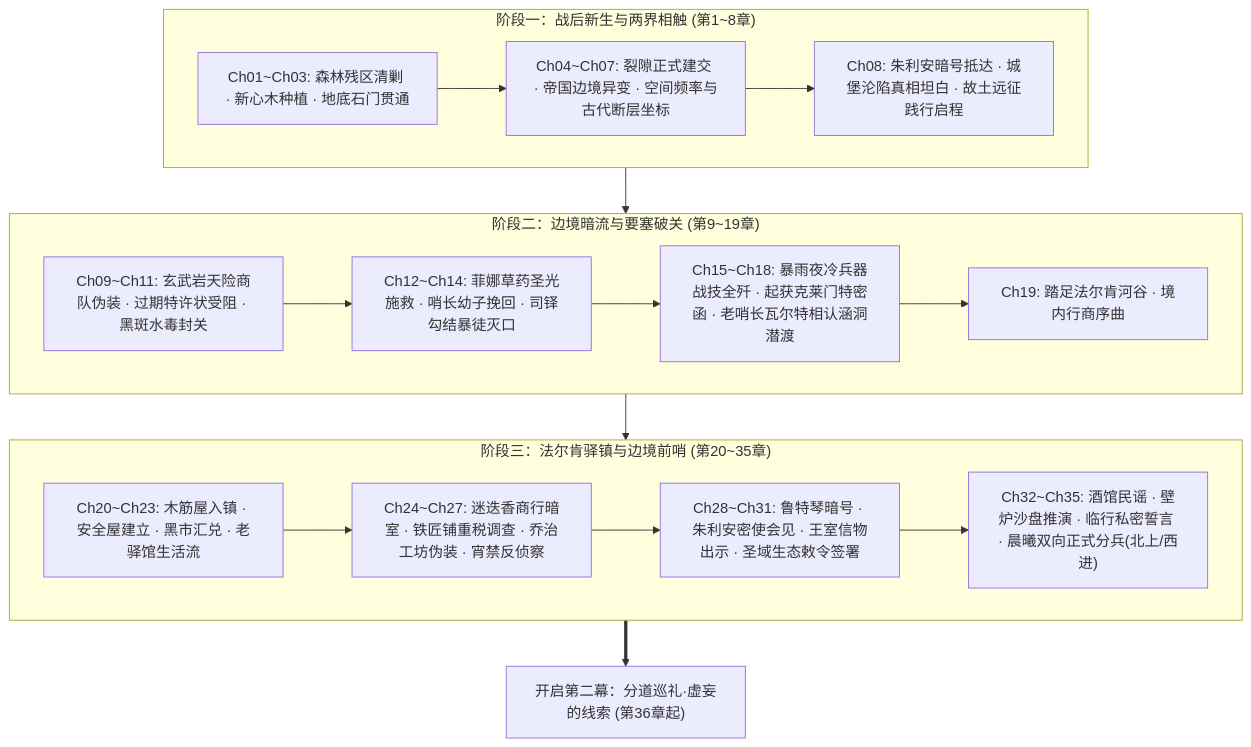
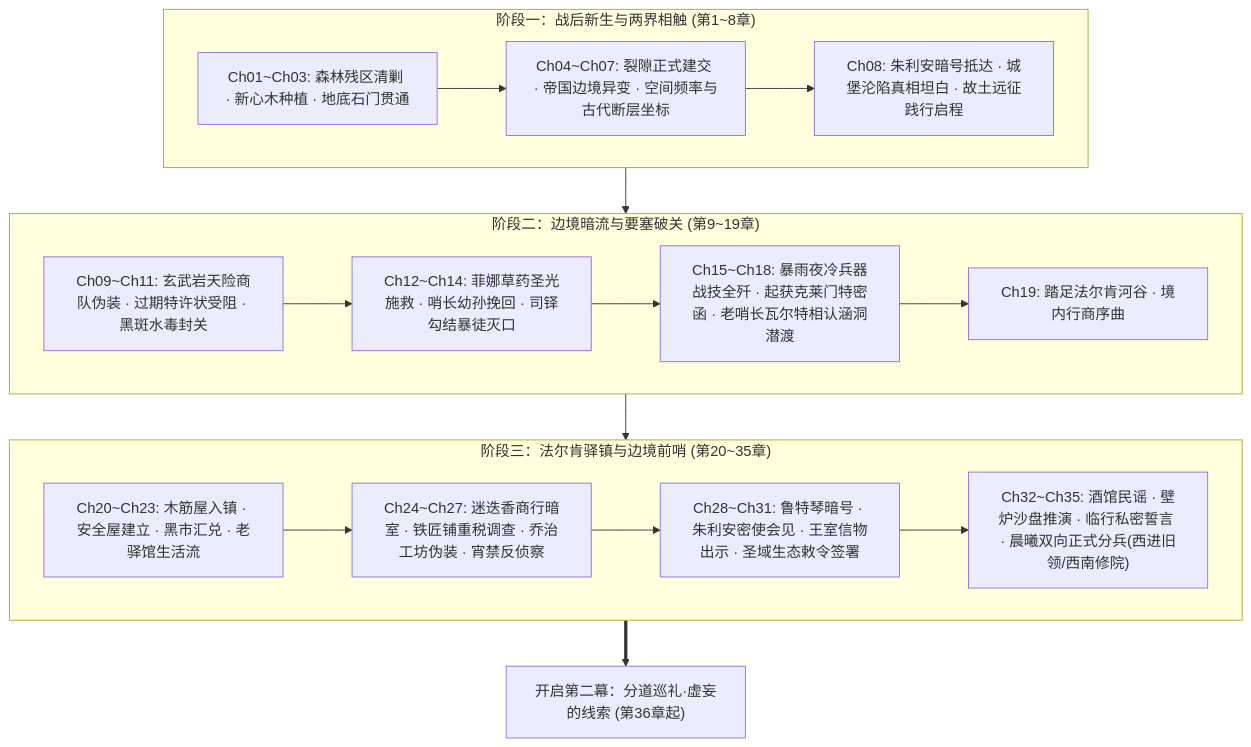
The diagram in 方案/第二部/主线与世界扩充方案/分阶段详规/第一幕_阶段三_法尔肯驿镇与边境前哨详规.md (soranokiseki1437/eldoria-worldbook), drawn with Mermaid before and after one commit. The commit also changed other lines of this file and 29 other files, not shown here.

````diff
--- a/方案/第二部/主线与世界扩充方案/分阶段详规/第一幕_阶段三_法尔肯驿镇与边境前哨详规.md
+++ b/方案/第二部/主线与世界扩充方案/分阶段详规/第一幕_阶段三_法尔肯驿镇与边境前哨详规.md
@@ -270,28 +270,28 @@
 ```mermaid
 graph TD
     subgraph M1S1["阶段一：战后新生与两界相触 (第1~8章)"]
         S1_1["Ch01~Ch03: 森林残区清剿 · 新心木种植 · 地底石门贯通"]
         S1_2["Ch04~Ch07: 裂隙正式建交 · 帝国边境异变 · 空间频率与古代断层坐标"]
         S1_3["Ch08: 朱利安暗号抵达 · 城堡沦陷真相坦白 · 故土远征践行启程"]
         S1_1 --> S1_2 --> S1_3
     end
 
     subgraph M1S2["阶段二：边境暗流与要塞破关 (第9~19章)"]
         S2_1["Ch09~Ch11: 玄武岩天险商队伪装 · 过期特许状受阻 · 黑斑水毒封关"]
-        S2_2["Ch12~Ch14: 菲娜草药圣光施救 · 哨长幼子挽回 · 司铎勾结暴徒灭口"]
+        S2_2["Ch12~Ch14: 菲娜草药圣光施救 · 哨长幼孙挽回 · 司铎勾结暴徒灭口"]
         S2_3["Ch15~Ch18: 暴雨夜冷兵器战技全歼 · 起获克莱门特密函 · 老哨长瓦尔特相认涵洞潜渡"]
         S2_4["Ch19: 踏足法尔肯河谷 · 境内行商序曲"]
         S2_1 --> S2_2 --> S2_3 --> S2_4
     end
 
     subgraph M1S3["阶段三：法尔肯驿镇与边境前哨 (第20~35章)"]
         S3_1["Ch20~Ch23: 木筋屋入镇 · 安全屋建立 · 黑市汇兑 · 老驿馆生活流"]
         S3_2["Ch24~Ch27: 迷迭香商行暗室 · 铁匠铺重税调查 · 乔治工坊伪装 · 宵禁反侦察"]
         S3_3["Ch28~Ch31: 鲁特琴暗号 · 朱利安密使会见 · 王室信物出示 · 圣域生态敕令签署"]
-        S3_4["Ch32~Ch35: 酒馆民谣 · 壁炉沙盘推演 · 临行私密誓言 · 晨曦双向正式分兵(北上/西进)"]
+        S3_4["Ch32~Ch35: 酒馆民谣 · 壁炉沙盘推演 · 临行私密誓言 · 晨曦双向正式分兵(西进旧领/西南修院)"]
         S3_1 --> S3_2 --> S3_3 --> S3_4
     end
 
     M1S1 --> M1S2 --> M1S3
     M1S3 ==> M2["开启第二幕：分道巡礼·虚妄的线索 (第36章起)"]
 ```
````
